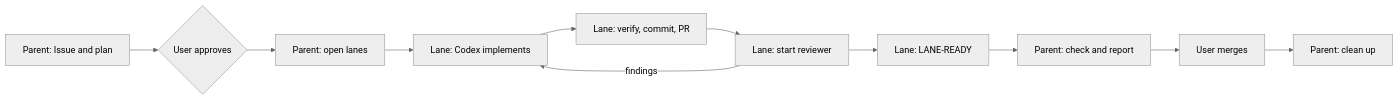
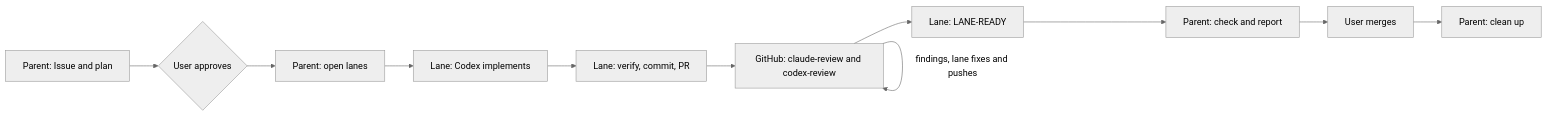
The diagram in docs/DESIGN.md (furedea/agent-config), drawn with Mermaid (neutral theme) before and after one commit. The commit also changed other lines of this file and 2 other files, not shown here.

Commit message:
docs(skills): fix review findings on scope, pagination, and design docs

````diff
--- a/docs/DESIGN.md
+++ b/docs/DESIGN.md
@@ -16,13 +16,13 @@
 ```mermaid
 flowchart LR
   P[Parent: Issue and plan] --> A{User approves}
   A --> L[Parent: open lanes]
   L --> I[Lane: Codex implements]
   I --> V[Lane: verify, commit, PR]
-  V --> RV[Lane: start reviewer]
-  RV -->|findings| I
+  V --> RV[GitHub: claude-review and codex-review]
+  RV -->|findings, lane fixes and pushes| RV
   RV --> R[Lane: LANE-READY]
   R --> W[Parent: check and report]
   W --> M[User merges]
   M --> C[Parent: clean up]
 ```
````
